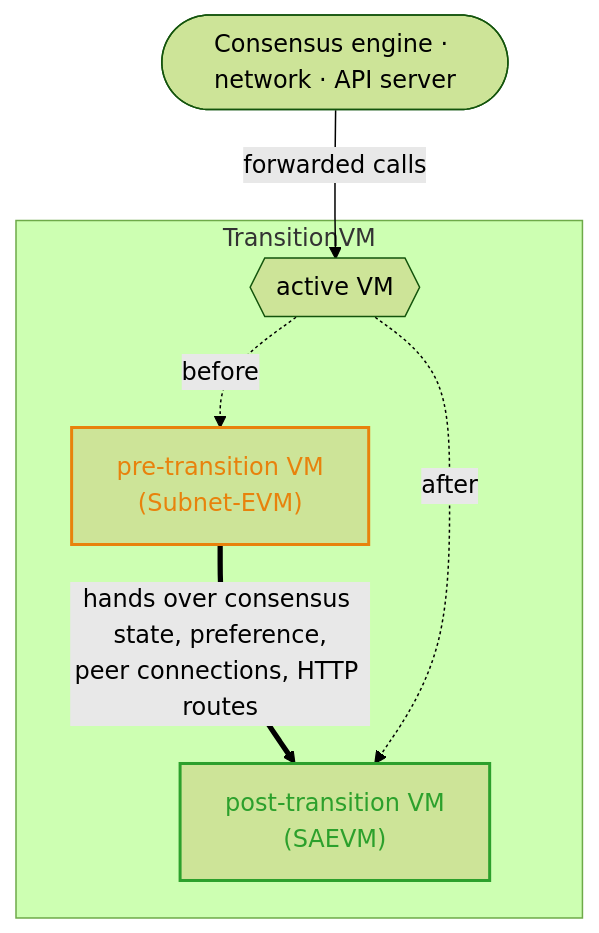
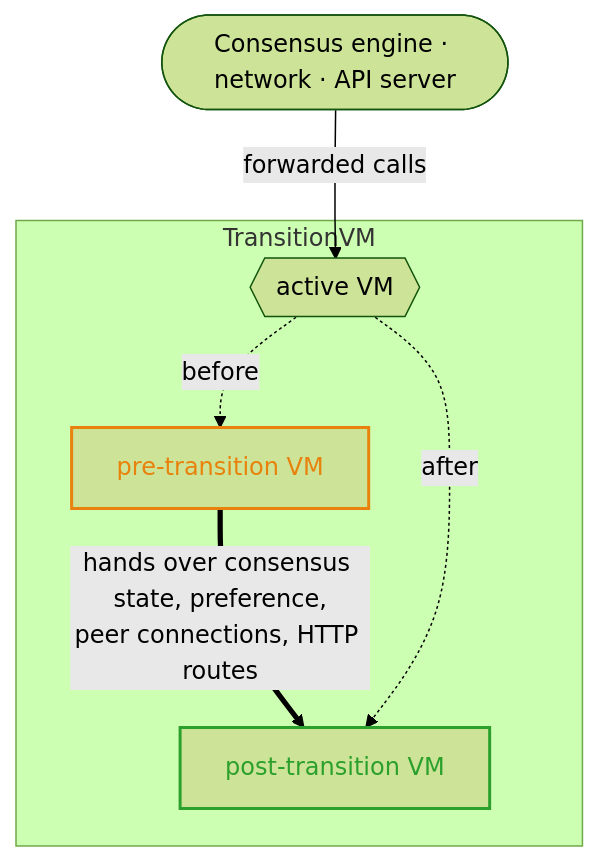
Before and after one commit to ava-labs/avalanchego: the third of 5 diagrams in vms/transitionvm/README.md, drawn with Mermaid (forest theme). The commit also changed other lines of this file and 4 other files, not shown here.

````diff
--- a/vms/transitionvm/README.md
+++ b/vms/transitionvm/README.md
@@ -139,20 +138,20 @@
 ```mermaid
 flowchart TB
     ext([Consensus engine · network · API server])
     ext -->|"forwarded calls"| active
 
     subgraph VM["TransitionVM"]
         active{{"active VM"}}
-        pre["pre-transition VM<br/>(Subnet-EVM)"]
-        post["post-transition VM<br/>(SAEVM)"]
+        pre["pre-transition VM"]
+        post["post-transition VM"]
         pre ==>|"hands over consensus state, preference,<br/>peer connections, HTTP routes"| post
     end
 
     active -.->|"before"| pre
     active -.->|"after"| post
 
     classDef preCls stroke:#e8820c,stroke-width:2px,color:#e8820c;
     classDef postCls stroke:#2ca02c,stroke-width:2px,color:#2ca02c;
     class pre preCls;
     class post postCls;
 ```
````
